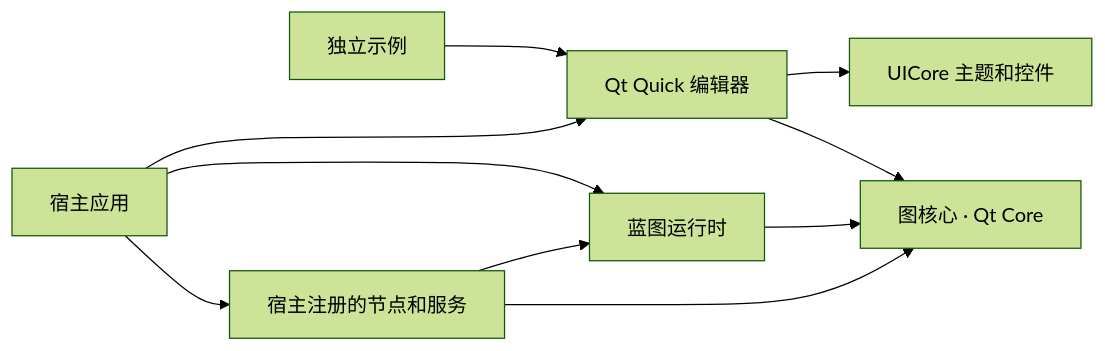
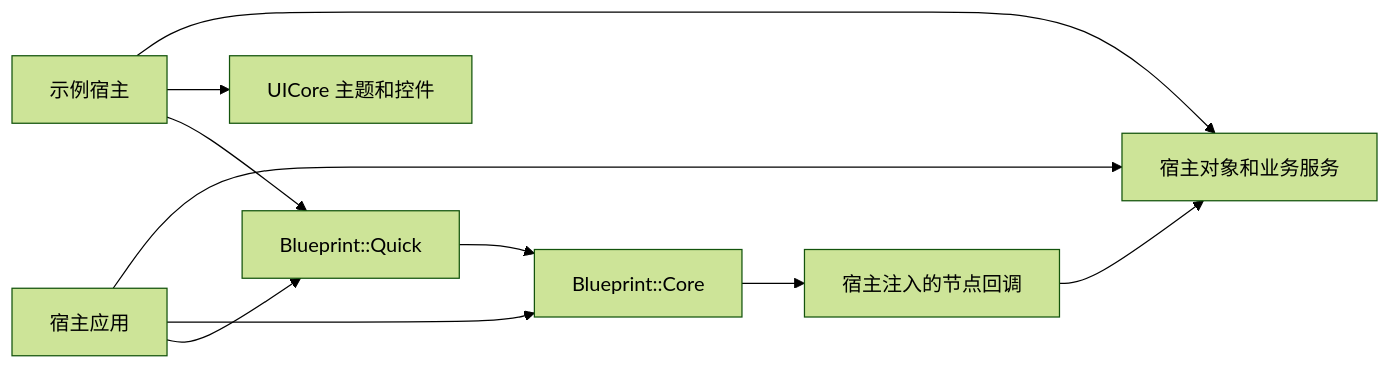
One commit to wyjss/TimelineControlApp changed the diagram in docs/blueprint-framework-design.md. Above: the diagram before and after it, drawn with Mermaid (forest theme). The commit also changed other lines of this file and 24 other files, not shown here.

````diff
--- a/docs/blueprint-framework-design.md
+++ b/docs/blueprint-framework-design.md
@@ -20,12 +22,12 @@
 ```mermaid
 flowchart LR
-    Demo[独立示例] --> Editor[Qt Quick 编辑器]
-    Host[宿主应用] --> Editor
-    Host --> Ext[宿主注册的节点和服务]
-    Editor --> Core[图核心 · Qt Core]
-    Editor --> UI[UICore 主题和控件]
-    Host --> Runtime[蓝图运行时]
-    Runtime --> Core
-    Ext --> Core
-    Ext --> Runtime
+    Host[宿主应用] --> Quick[Blueprint::Quick]
+    Demo[示例宿主] --> Quick
+    Demo --> UI[UICore 主题和控件]
+    Quick --> Core[Blueprint::Core]
+    Host --> Core
+    Host --> Services[宿主对象和业务服务]
+    Demo --> Services
+    Core --> Callbacks[宿主注入的节点回调]
+    Callbacks --> Services
 ```
````
